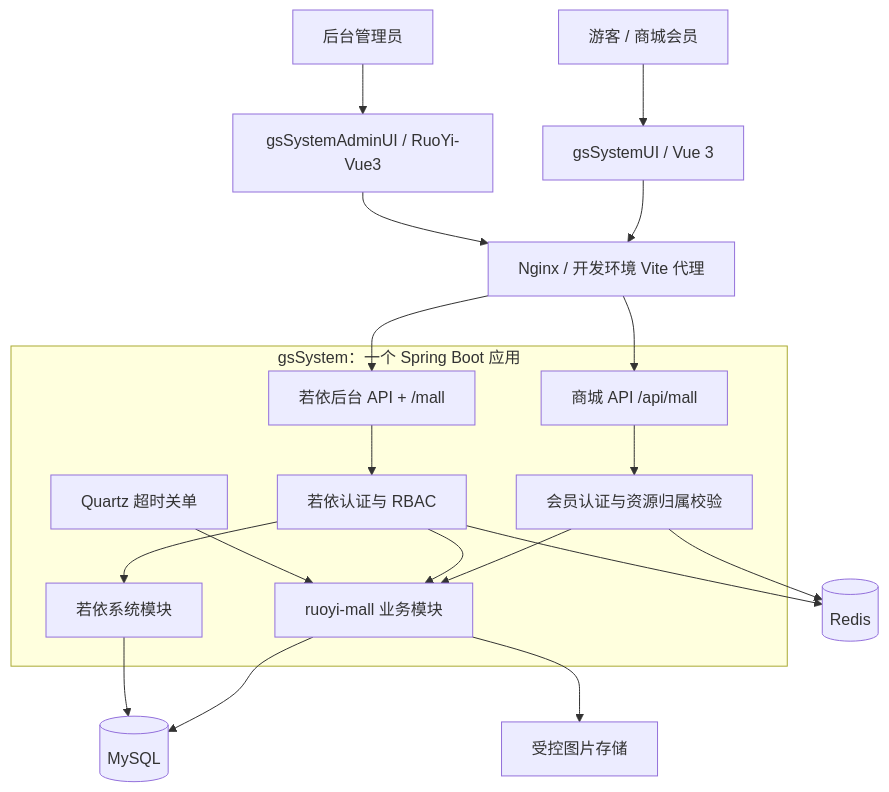
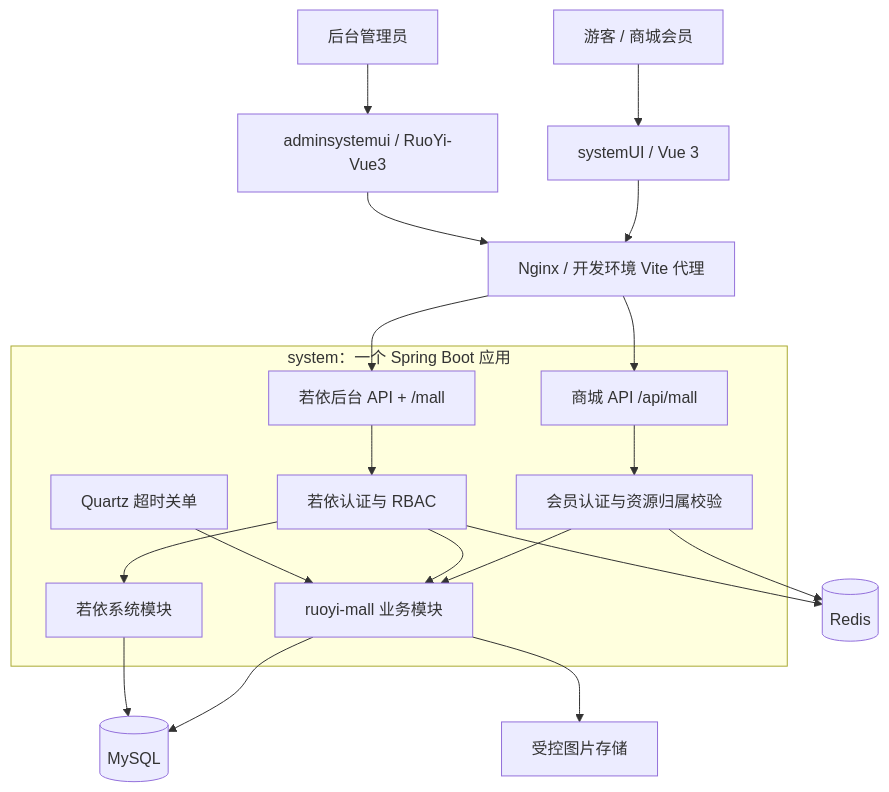
Before and after one commit to followTheWind223/gcSystem: the first of 3 diagrams in docs/开发流程与架构设计.md, drawn with Mermaid. The commit also changed other lines of this file and 1027 other files, not shown here.

````diff
--- a/docs/开发流程与架构设计.md
+++ b/docs/开发流程与架构设计.md
@@ -84,22 +84,22 @@
 ```mermaid
 flowchart TB
-    Visitor[游客 / 商城会员] --> Shop[gsSystemUI / Vue 3]
-    Operator[后台管理员] --> Admin[gsSystemAdminUI / RuoYi-Vue3]
+    Visitor[游客 / 商城会员] --> Shop[systemUI / Vue 3]
+    Operator[后台管理员] --> Admin[adminsystemui / RuoYi-Vue3]
     Shop --> Gateway[Nginx / 开发环境 Vite 代理]
     Admin --> Gateway
     Gateway --> MemberAPI[商城 API /api/mall]
     Gateway --> AdminAPI[若依后台 API + /mall]
-    subgraph Backend[gsSystem：一个 Spring Boot 应用]
+    subgraph Backend[system：一个 Spring Boot 应用]
         MemberAPI --> MemberAuth[会员认证与资源归属校验]
         AdminAPI --> AdminAuth[若依认证与 RBAC]
         MemberAuth --> Mall[ruoyi-mall 业务模块]
         AdminAuth --> Mall
         AdminAuth --> System[若依系统模块]
         Scheduler[Quartz 超时关单] --> Mall
     end
     Mall --> DB[(MySQL)]
     System --> DB
     MemberAuth --> Redis[(Redis)]
     AdminAuth --> Redis
     Mall --> Files[受控图片存储]
 ```
````
